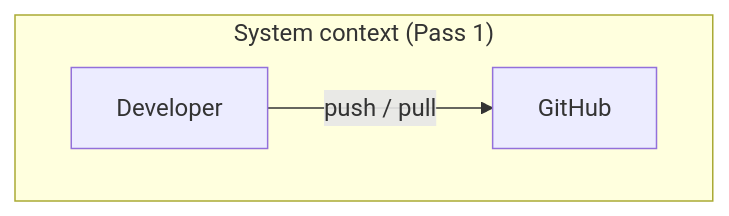
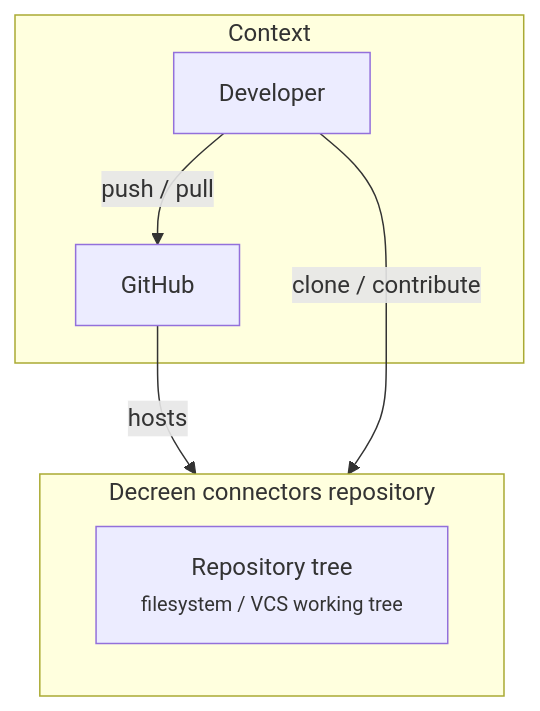
The diagram in docs/c4-live.mermaid.md (Decreen/decreen-connectors), drawn with Mermaid before and after one commit. The commit also changed 3 other files, not shown here.

Commit message:
feat(c4): Pass 2 system boundary and repository container

````diff
--- a/docs/c4-live.mermaid.md
+++ b/docs/c4-live.mermaid.md
@@ -3,8 +3,13 @@
 ```mermaid
-flowchart TD
-  subgraph L1["System context (Pass 1)"]
+flowchart TB
+  subgraph L1["Context"]
     actor_developer["Developer"]
     ext_github["GitHub"]
     actor_developer -->|"push / pull"| ext_github
   end
+  subgraph sys_decreen_connectors["Decreen connectors repository"]
+    container_repository_tree["Repository tree<br/><small>filesystem / VCS working tree</small>"]
+  end
+  ext_github -->|"hosts"| sys_decreen_connectors
+  actor_developer -->|"clone / contribute"| sys_decreen_connectors
 ```
````
